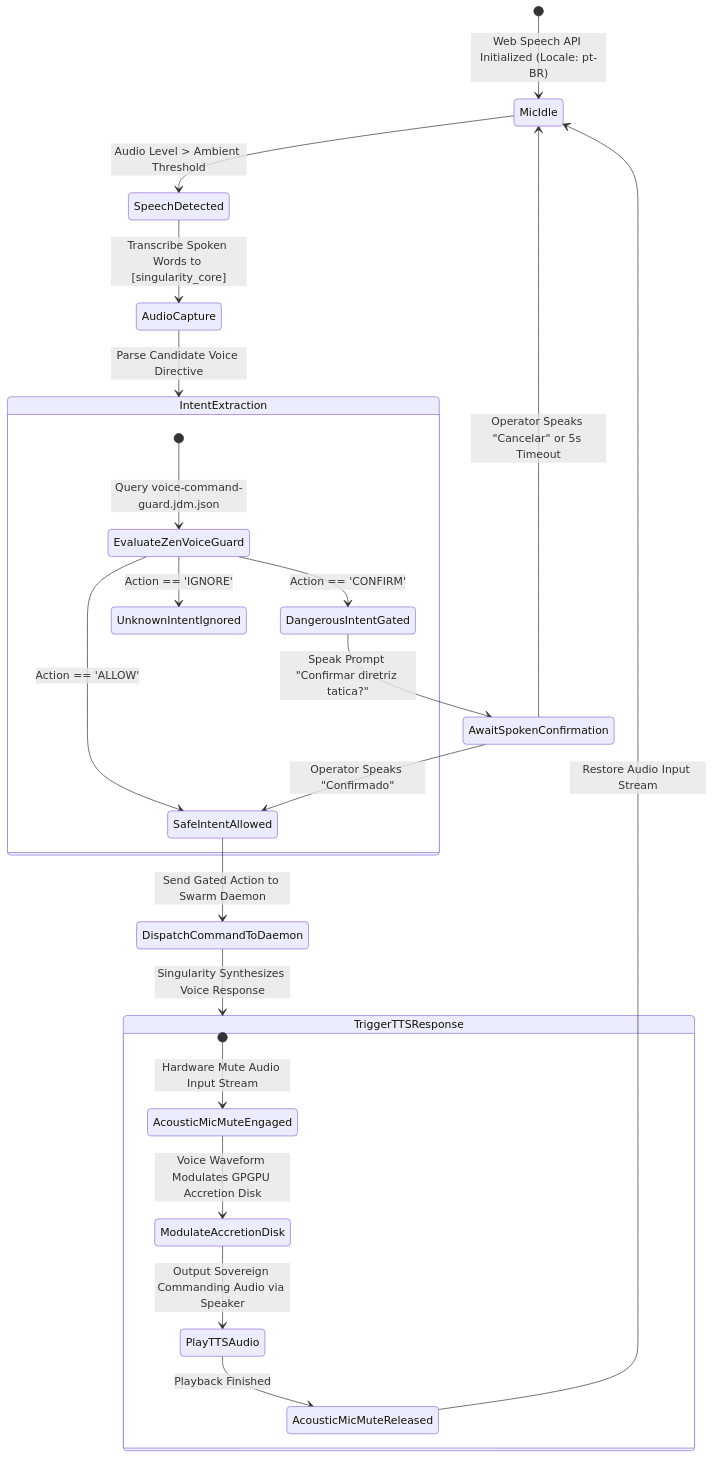
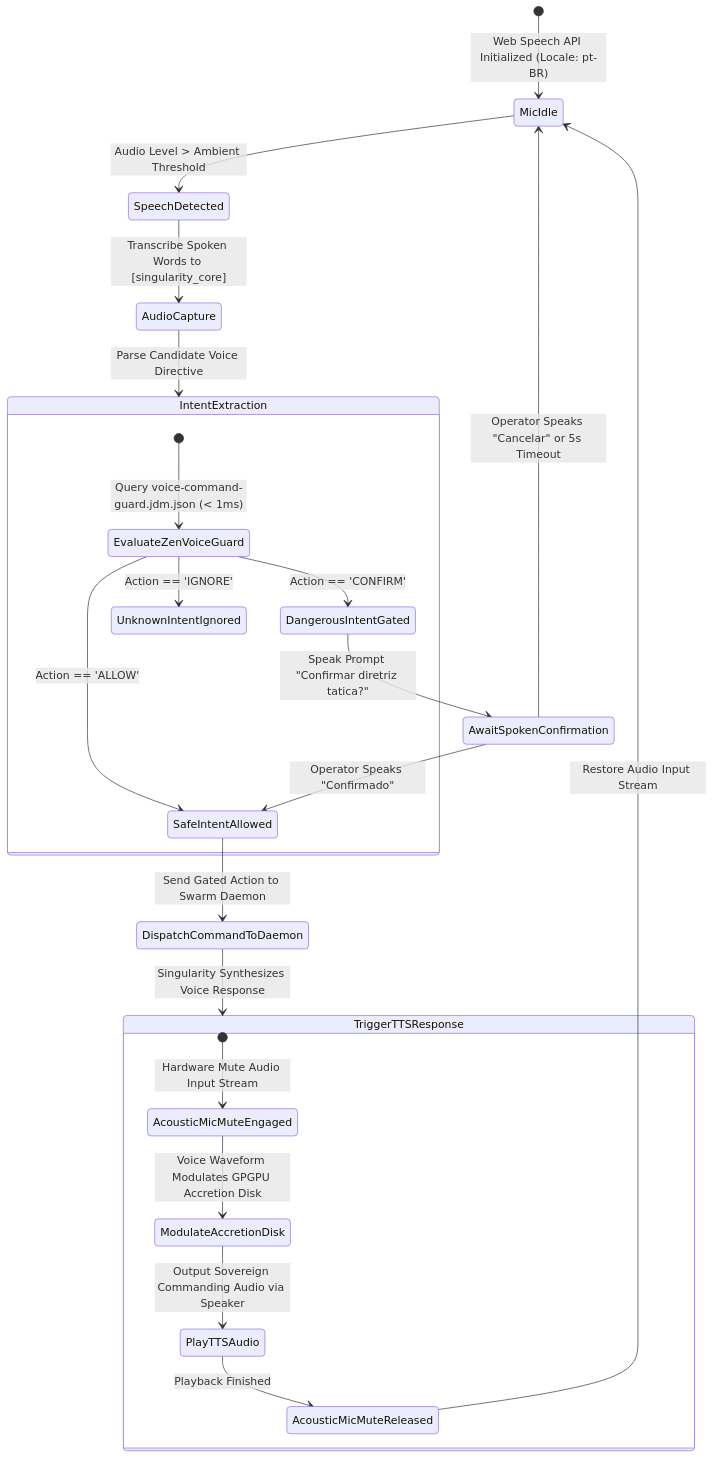
The third of 4 diagrams in .antigravity/blueprint/03_APP_FLOW.md (code-thiago/kalinar-agent-galaxy-os), drawn with Mermaid before and after one commit. The commit also changed other lines of this file, not shown here.

Commit message:
docs(blueprint): lock v1.0.1 canonical app flow and state machines in 03_APP_FLOW.md

````diff
--- a/.antigravity/blueprint/03_APP_FLOW.md
+++ b/.antigravity/blueprint/03_APP_FLOW.md
@@ -106,31 +91,31 @@
 ```mermaid
 stateDiagram-v2
     [*] --> MicIdle: Web Speech API Initialized (Locale: pt-BR)
     
     MicIdle --> SpeechDetected: Audio Level > Ambient Threshold
     SpeechDetected --> AudioCapture: Transcribe Spoken Words to [singularity_core]
     AudioCapture --> IntentExtraction: Parse Candidate Voice Directive
     
     state IntentExtraction {
-        [*] --> EvaluateZenVoiceGuard: Query voice-command-guard.jdm.json
+        [*] --> EvaluateZenVoiceGuard: Query voice-command-guard.jdm.json (< 1ms)
         EvaluateZenVoiceGuard --> SafeIntentAllowed: Action == 'ALLOW'
         EvaluateZenVoiceGuard --> DangerousIntentGated: Action == 'CONFIRM'
         EvaluateZenVoiceGuard --> UnknownIntentIgnored: Action == 'IGNORE'
     }
 
     DangerousIntentGated --> AwaitSpokenConfirmation: Speak Prompt "Confirmar diretriz tatica?"
     AwaitSpokenConfirmation --> SafeIntentAllowed: Operator Speaks "Confirmado"
     AwaitSpokenConfirmation --> MicIdle: Operator Speaks "Cancelar" or 5s Timeout
 
     SafeIntentAllowed --> DispatchCommandToDaemon: Send Gated Action to Swarm Daemon
     DispatchCommandToDaemon --> TriggerTTSResponse: Singularity Synthesizes Voice Response
     
     state TriggerTTSResponse {
         [*] --> AcousticMicMuteEngaged: Hardware Mute Audio Input Stream
         AcousticMicMuteEngaged --> ModulateAccretionDisk: Voice Waveform Modulates GPGPU Accretion Disk
         ModulateAccretionDisk --> PlayTTSAudio: Output Sovereign Commanding Audio via Speaker
         PlayTTSAudio --> AcousticMicMuteReleased: Playback Finished
     }
 
     AcousticMicMuteReleased --> MicIdle: Restore Audio Input Stream
 ```
````
